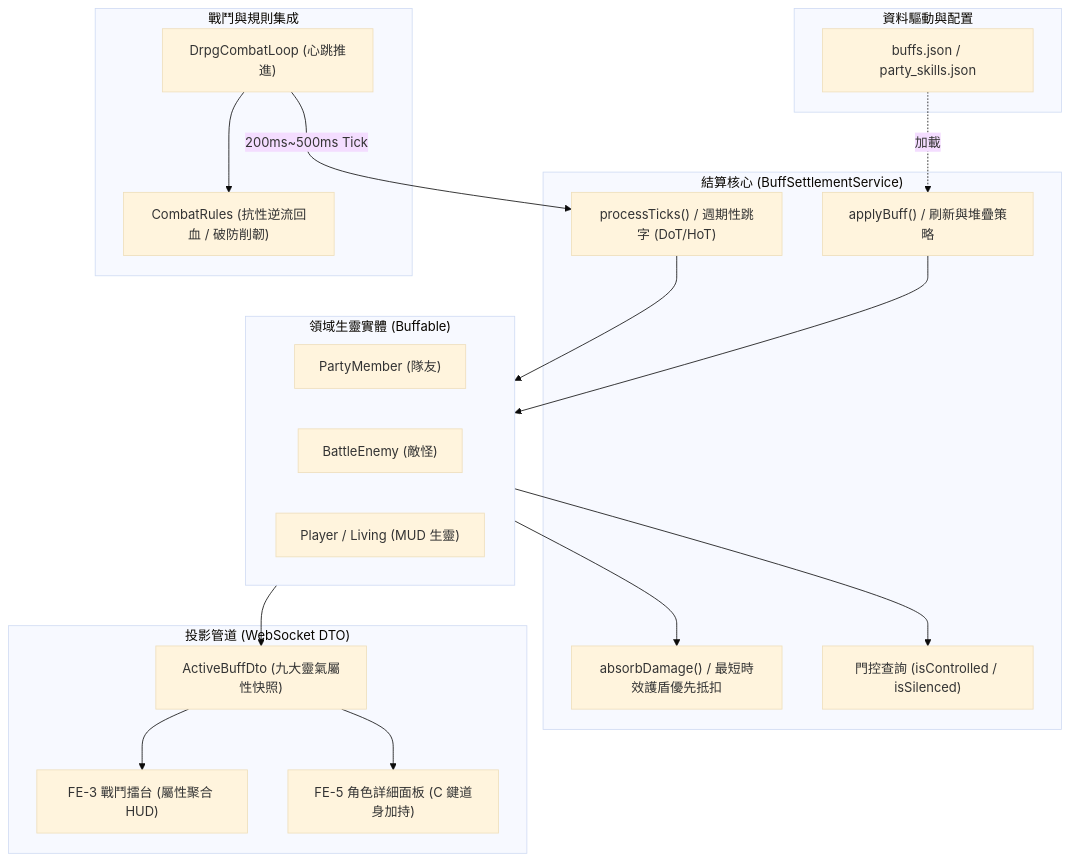
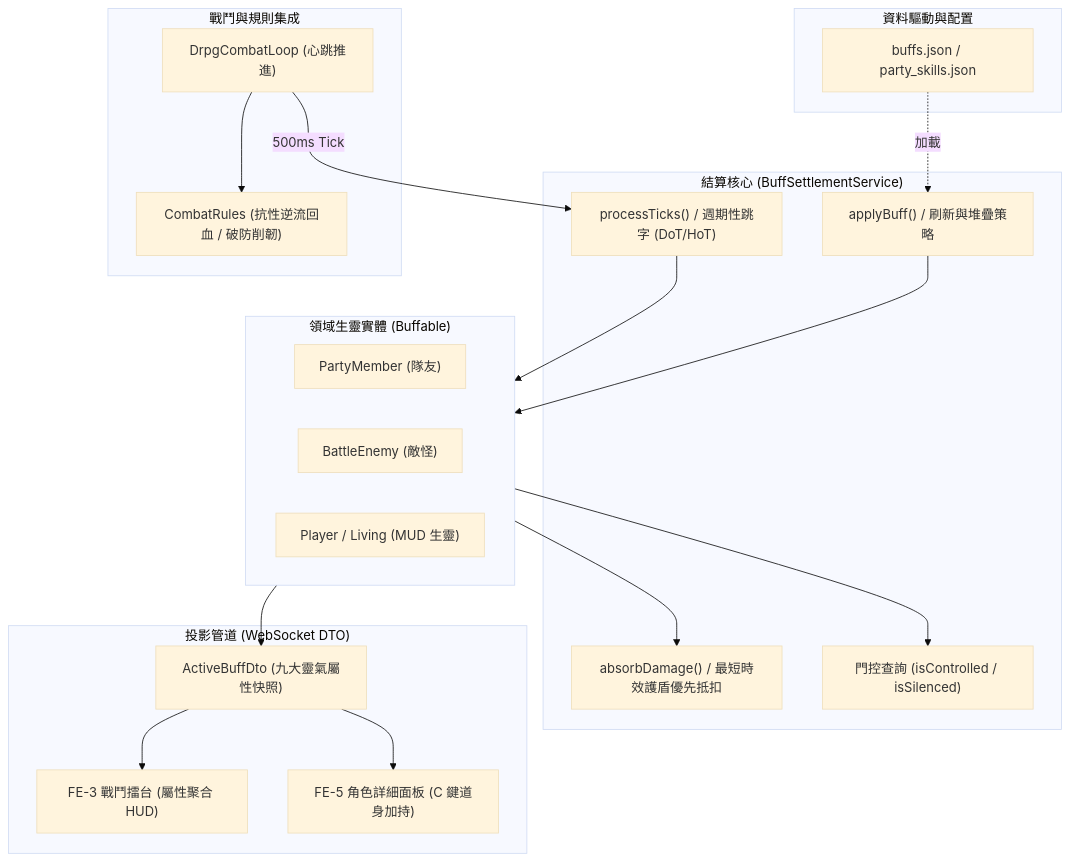
One commit to FTC-johnchien/practice_mud changed the diagram in docs/manual/後端_M3-1_狀態效果與Buff結算模組_BUFF_AND_STATUS_EFFECTS.md. Above: the diagram before and after it, drawn with Mermaid (base theme). The commit also changed 33 other files, not shown here.

````diff
--- a/docs/manual/後端_M3-1_狀態效果與Buff結算模組_BUFF_AND_STATUS_EFFECTS.md
+++ b/docs/manual/後端_M3-1_狀態效果與Buff結算模組_BUFF_AND_STATUS_EFFECTS.md
@@ -19,40 +19,40 @@
 ```mermaid
 graph TD
     subgraph DataDriven ["資料驅動與配置"]
         BuffJSON["buffs.json / party_skills.json"]
     end
 
     subgraph ServiceLayer ["結算核心 (BuffSettlementService)"]
         Apply["applyBuff() / 刷新與堆疊策略"]
         Tick["processTicks() / 週期性跳字 (DoT/HoT)"]
         Shield["absorbDamage() / 最短時效護盾優先抵扣"]
         Gate["門控查詢 (isControlled / isSilenced)"]
     end
 
     subgraph EntityLayer ["領域生靈實體 (Buffable)"]
         PM["PartyMember (隊友)"]
         Mob["BattleEnemy (敵怪)"]
         Actor["Player / Living (MUD 生靈)"]
     end
 
     subgraph CombatIntegration ["戰鬥與規則集成"]
         CombatLoop["DrpgCombatLoop (心跳推進)"]
         Rules["CombatRules (抗性逆流回血 / 破防削韌)"]
     end
 
     subgraph PresentationPipe ["投影管道 (WebSocket DTO)"]
         DTO["ActiveBuffDto (九大靈氣屬性快照)"]
         FE3["FE-3 戰鬥擂台 (屬性聚合 HUD)"]
         FE5["FE-5 角色詳細面板 (C 鍵道身加持)"]
     end
 
     BuffJSON -.->|加載| Apply
-    CombatLoop -->|200ms~500ms Tick| Tick
+    CombatLoop -->|500ms Tick| Tick
     Apply --> EntityLayer
     Tick --> EntityLayer
     EntityLayer --> Shield
     EntityLayer --> Gate
     CombatLoop --> Rules
     EntityLayer --> DTO
     DTO --> FE3 & FE5
 ```
````
